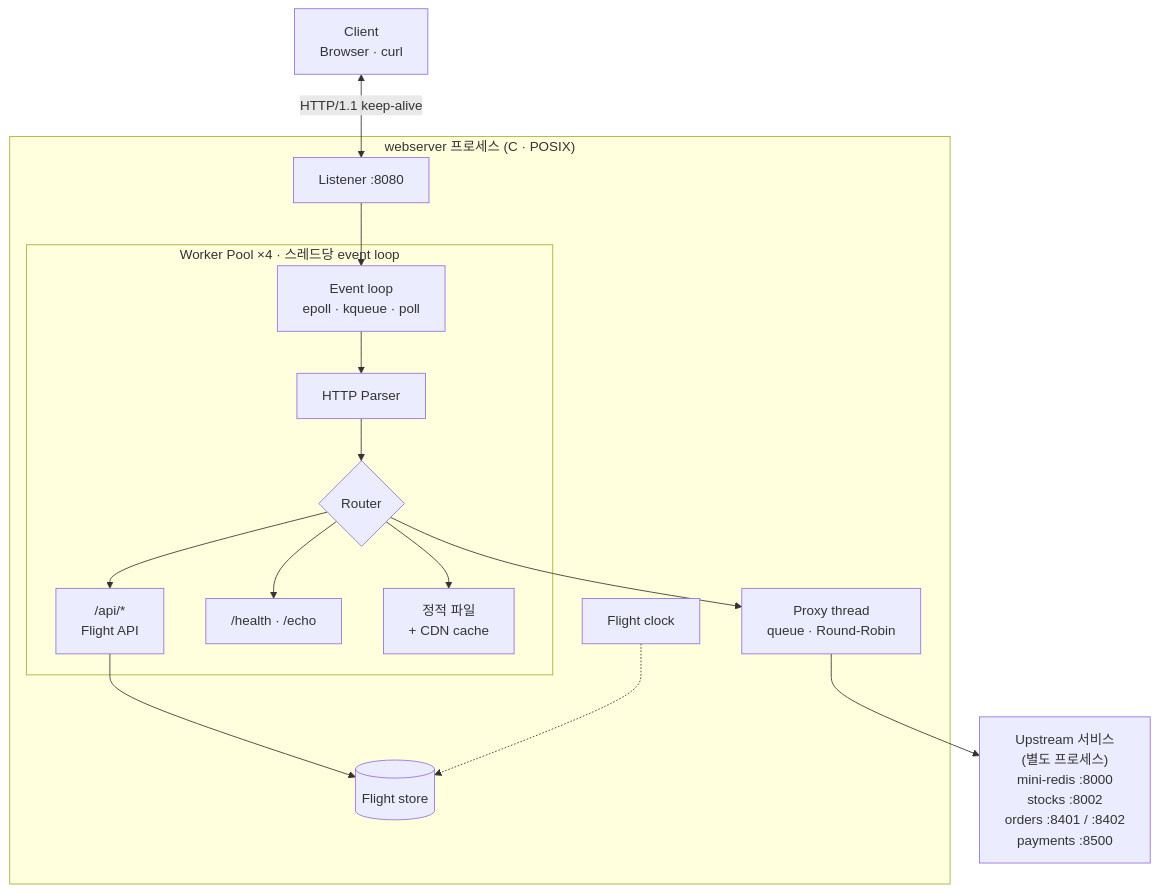
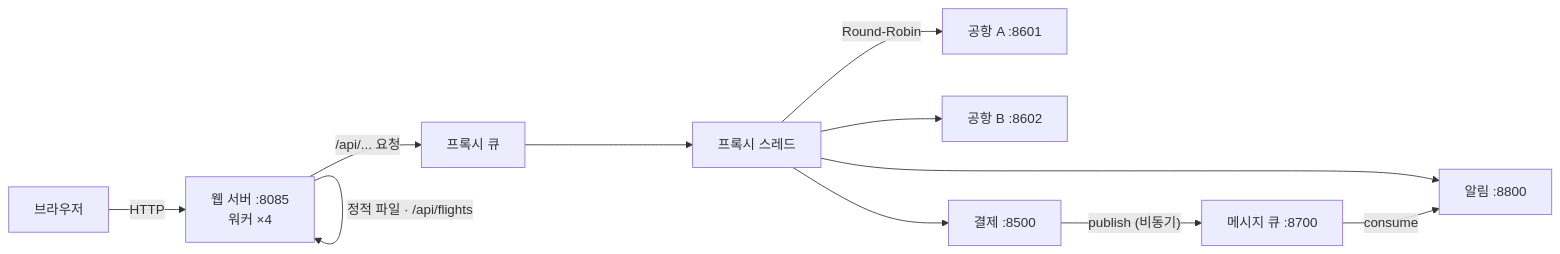
Before and after one commit to choimoohun/SW-AI-W13-Web-Server: the diagram in README.md, drawn with Mermaid. The commit also changed other lines of this file, not shown here.

````diff
--- a/README.md
+++ b/README.md
@@ -99,17 +64,12 @@
 ```mermaid
-flowchart TB
-    C["Client<br/>Browser · curl"] <-->|"HTTP/1.1 keep-alive"| L["Listener :8080"]
-    subgraph S["webserver 프로세스 (C · POSIX)"]
-        L --> EL
-        subgraph W["Worker Pool ×4 · 스레드당 event loop"]
-            EL["Event loop<br/>epoll · kqueue · poll"] --> HP["HTTP Parser"] --> R{"Router"}
-            R --> API["/api/*<br/>Flight API"]
-            R --> HC["/health · /echo"]
-            R --> ST["정적 파일<br/>+ CDN cache"]
-        end
-        R --> P["Proxy thread<br/>queue · Round-Robin"]
-        API --> DB[("Flight store")]
-        CLK["Flight clock"] -.-> DB
-    end
-    P --> U["Upstream 서비스<br/>(별도 프로세스)<br/>mini-redis :8000<br/>stocks :8002<br/>orders :8401 / :8402<br/>payments :8500"]
+flowchart LR
+    B["브라우저"] -->|HTTP| W["웹 서버 :8085<br/>워커 ×4"]
+    W -->|"정적 파일 · /api/flights"| W
+    W -->|"/api/... 요청"| Q["프록시 큐"] --> P["프록시 스레드"]
+    P -->|Round-Robin| A1["공항 A :8601"]
+    P --> A2["공항 B :8602"]
+    P --> PAY["결제 :8500"]
+    P --> N["알림 :8800"]
+    PAY -->|"publish (비동기)"| MQ["메시지 큐 :8700"]
+    MQ -->|consume| N
 ```
````
